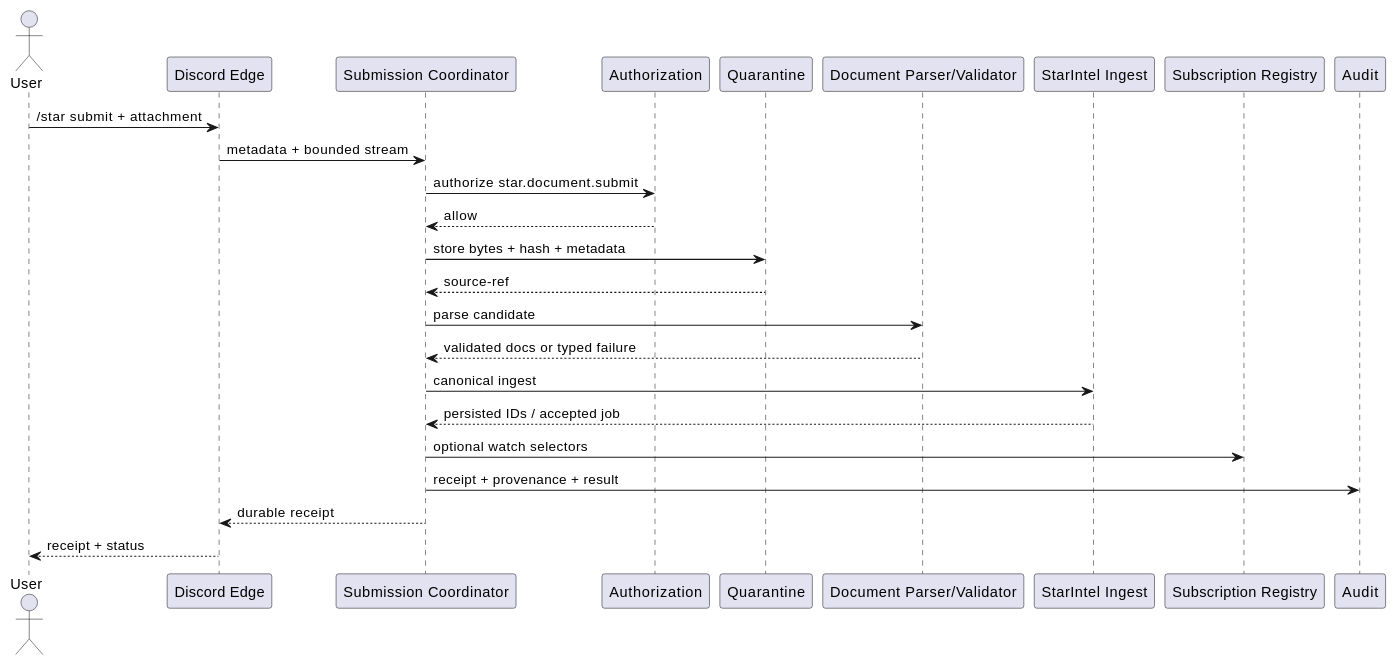
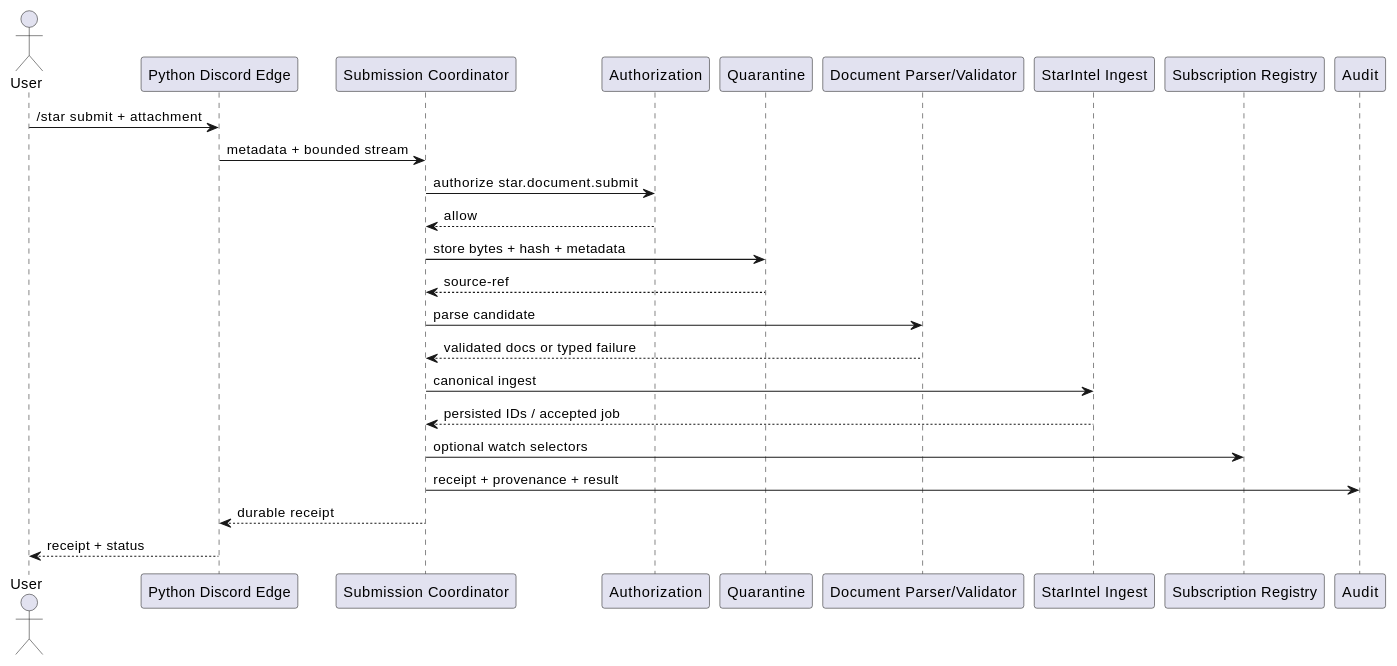
The third of 4 diagrams in roam/design/starintel-discord-tool/STAR-DISCORD-001-operations-interface-architecture.org (lost-rob0t/starintel-auto-research), drawn with PlantUML before and after one commit. The commit also changed other lines of this file, not shown here.

Commit message:
design: approve Python Discord operations architecture

```diff
--- a/roam/design/starintel-discord-tool/STAR-DISCORD-001-operations-interface-architecture.org
+++ b/roam/design/starintel-discord-tool/STAR-DISCORD-001-operations-interface-architecture.org
@@ -344,28 +397,28 @@
 #+begin_src plantuml
 @startuml
 actor User
-participant "Discord Edge" as Edge
+participant "Python Discord Edge" as Edge
 participant "Submission Coordinator" as Submit
 participant "Authorization" as Auth
 participant "Quarantine" as Q
 participant "Document Parser/Validator" as Validate
 participant "StarIntel Ingest" as Ingest
 participant "Subscription Registry" as Subs
 participant "Audit" as Audit
 
 User -> Edge : /star submit + attachment
 Edge -> Submit : metadata + bounded stream
 Submit -> Auth : authorize star.document.submit
 Auth --> Submit : allow
 Submit -> Q : store bytes + hash + metadata
 Q --> Submit : source-ref
 Submit -> Validate : parse candidate
 Validate --> Submit : validated docs or typed failure
 Submit -> Ingest : canonical ingest
 Ingest --> Submit : persisted IDs / accepted job
 Submit -> Subs : optional watch selectors
 Submit -> Audit : receipt + provenance + result
 Submit --> Edge : durable receipt
 Edge --> User : receipt + status
 @enduml
 #+end_src
```
